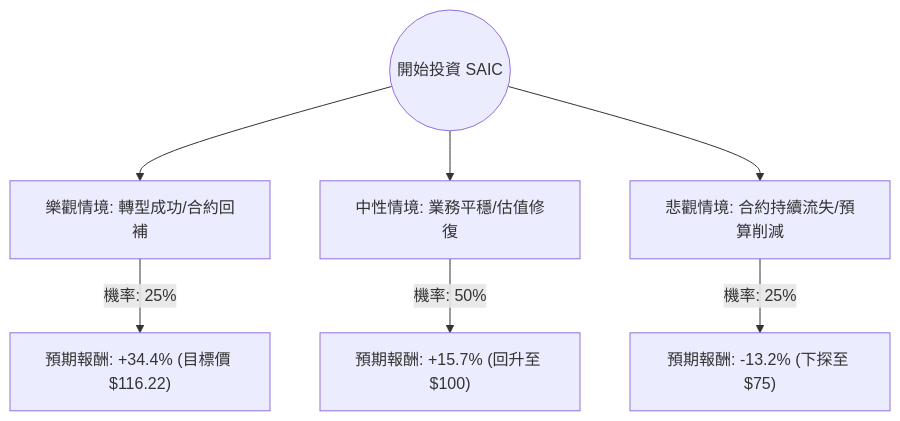
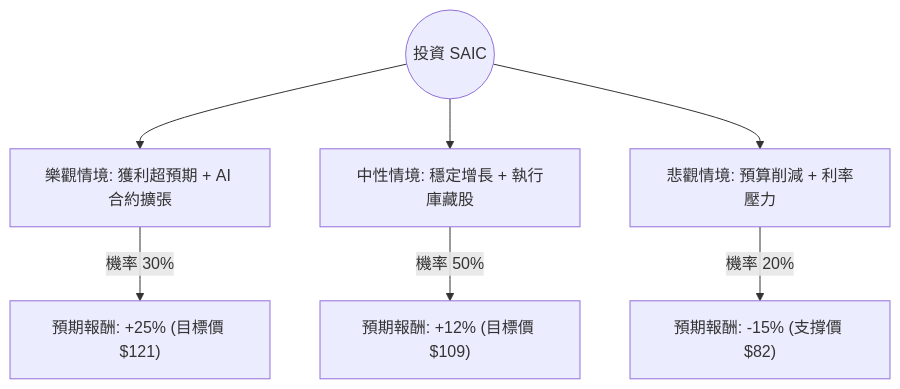
The diagram in plugin-react/ai-analysis/ev-analysis/SAIC.md (zmcx16/zmcx16.github.io), drawn with Mermaid before and after one commit. The commit also changed other lines of this file and 70 other files, not shown here.

````diff
--- a/plugin-react/ai-analysis/ev-analysis/SAIC.md
+++ b/plugin-react/ai-analysis/ev-analysis/SAIC.md
@@ -21,10 +19,10 @@
 ```mermaid
 graph TD
-    Start((開始投資 SAIC)) --> Bull[樂觀情境: 轉型成功/合約回補]
-    Start --> Base[中性情境: 業務平穩/估值修復]
-    Start --> Bear[悲觀情境: 合約持續流失/預算削減]
+    Start((投資 SAIC)) --> Bull[樂觀情境: 獲利超預期 + AI 合約擴張]
+    Start --> Base[中性情境: 穩定增長 + 執行庫藏股]
+    Start --> Bear[悲觀情境: 預算削減 + 利率壓力]
 
-    Bull -- "機率: 25%" --> BullRes["預期報酬: +34.4% (目標價 $116.22)"]
-    Base -- "機率: 50%" --> BaseRes["預期報酬: +15.7% (回升至 $100)"]
-    Bear -- "機率: 25%" --> BearRes["預期報酬: -13.2% (下探至 $75)"]
+    Bull -- "機率 30%" --> BullVal["預期報酬: +25% (目標價 $121)"]
+    Base -- "機率 50%" --> BaseVal["預期報酬: +12% (目標價 $109)"]
+    Bear -- "機率 20%" --> BearVal["預期報酬: -15% (支撐價 $82)"]
 ```
````
